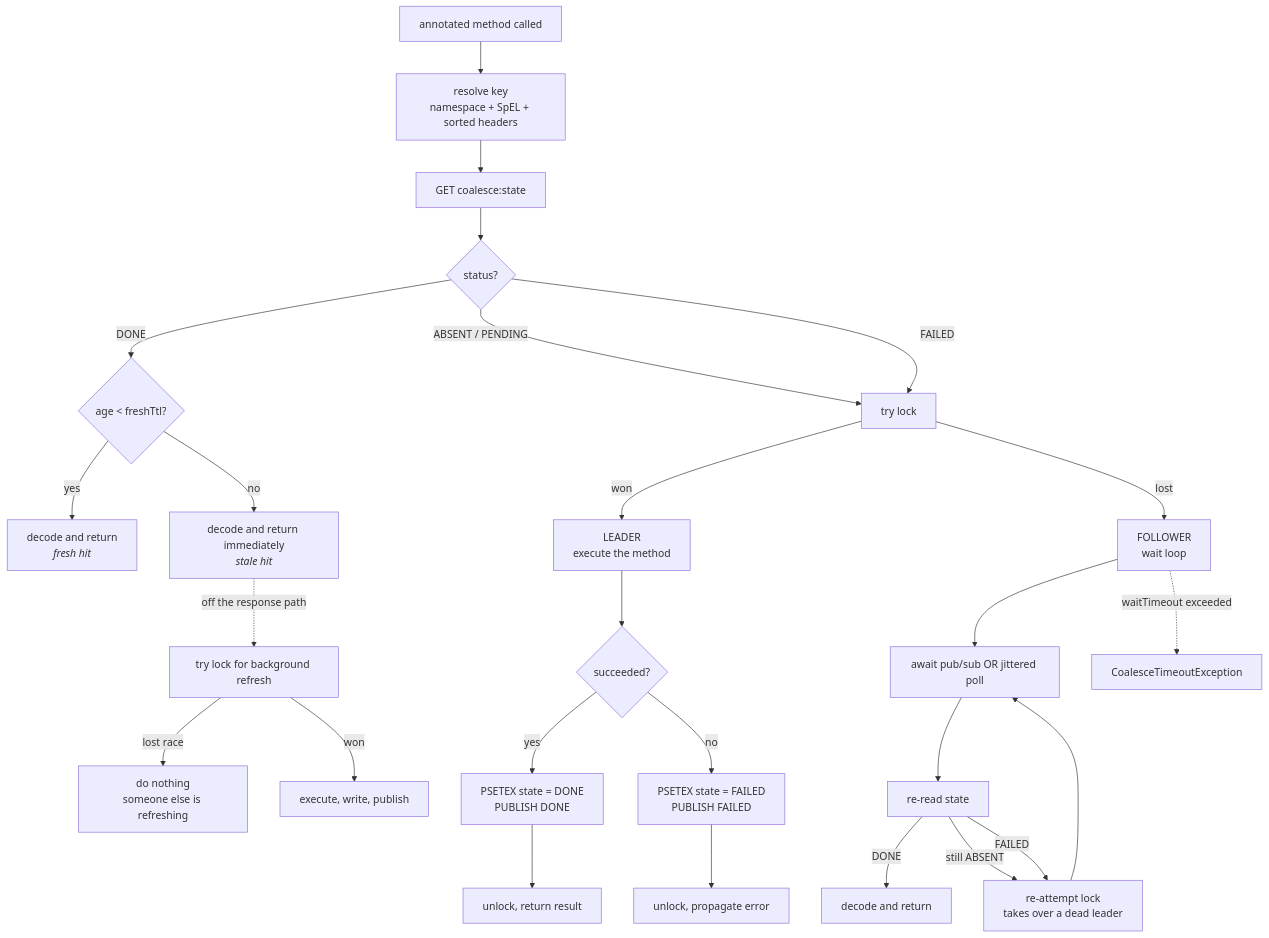
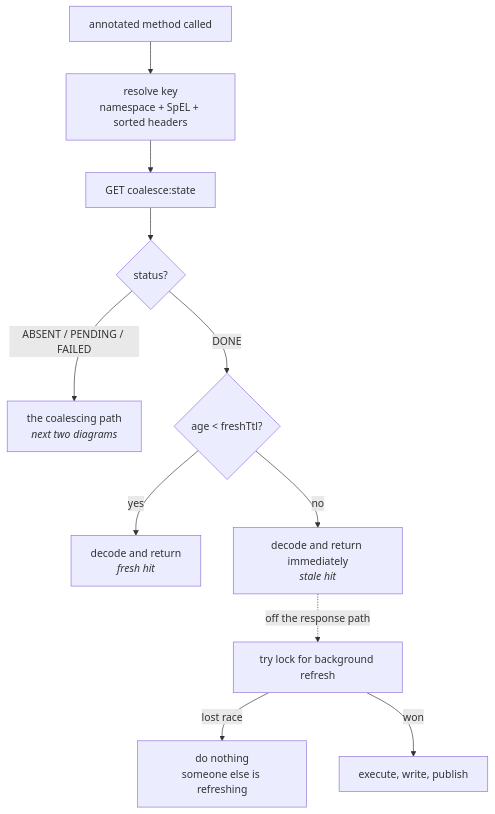
The first of 7 diagrams in README.md (BitanSarkar/coalesce-java), drawn with Mermaid before and after one commit. The commit also changed other lines of this file, not shown here.

````diff
--- a/README.md
+++ b/README.md
@@ -285,33 +289,13 @@
 ```mermaid
 flowchart TD
     A["annotated method called"] --> B["resolve key<br/>namespace + SpEL + sorted headers"]
     B --> C["GET coalesce:state"]
     C --> D{"status?"}
-
+    D -->|"ABSENT / PENDING / FAILED"| Z["the coalescing path<br/><i>next two diagrams</i>"]
     D -->|DONE| E{"age &lt; freshTtl?"}
     E -->|yes| F["decode and return<br/><i>fresh hit</i>"]
     E -->|no| G["decode and return immediately<br/><i>stale hit</i>"]
     G -.->|off the response path| H["try lock for background refresh"]
     H -->|lost race| I["do nothing<br/>someone else is refreshing"]
     H -->|won| J["execute, write, publish"]
-
-    D -->|ABSENT / PENDING| K["try lock"]
-    D -->|FAILED| K
-
-    K -->|won| L["LEADER<br/>execute the method"]
-    K -->|lost| M["FOLLOWER<br/>wait loop"]
-
-    L --> N{"succeeded?"}
-    N -->|yes| O["PSETEX state = DONE<br/>PUBLISH DONE"]
-    N -->|no| P["PSETEX state = FAILED<br/>PUBLISH FAILED"]
-    O --> Q["unlock, return result"]
-    P --> R["unlock, propagate error"]
-
-    M --> S["await pub/sub OR jittered poll"]
-    S --> T["re-read state"]
-    T -->|DONE| U["decode and return"]
-    T -->|still ABSENT| V["re-attempt lock<br/>takes over a dead leader"]
-    V --> S
-    T -->|FAILED| V
-    M -.->|waitTimeout exceeded| W["CoalesceTimeoutException"]
 ```
````
